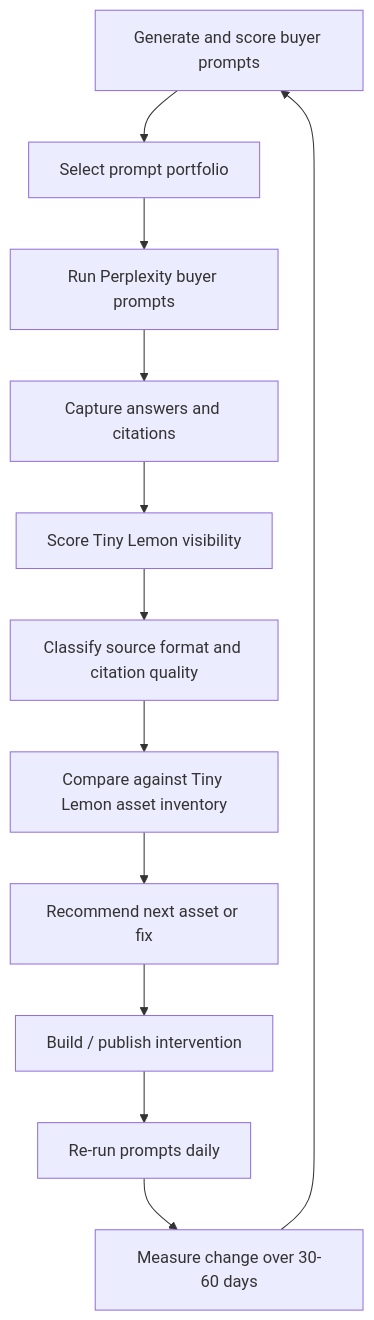
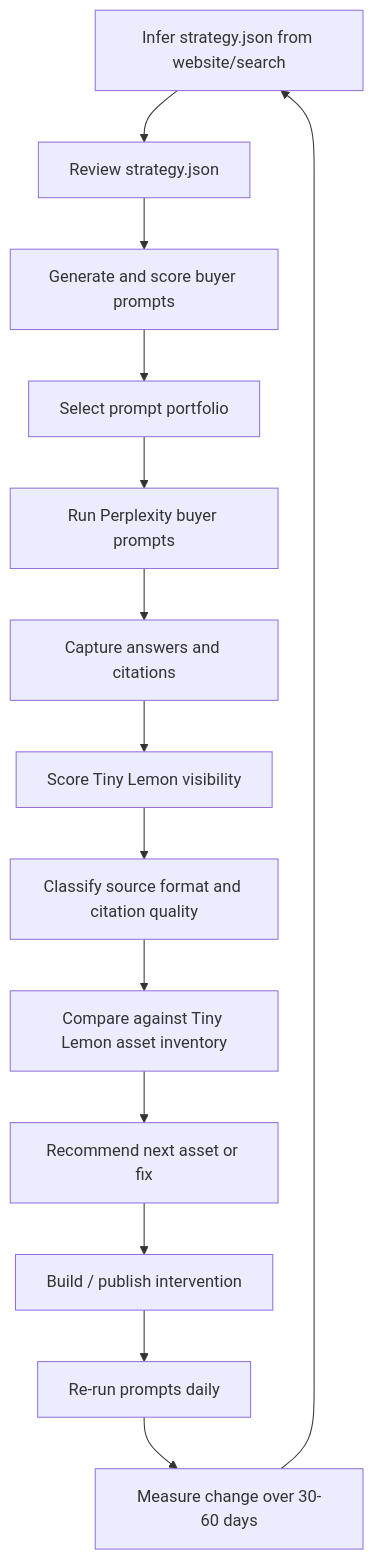
Before and after one commit to Dave-56/contentdesk: the second of 5 diagrams in docs/product/ARCHITECTURE.md, drawn with Mermaid. The commit also changed other lines of this file and 14 other files, not shown here.

Commit message:
Add website-first prompt strategy inference

````diff
--- a/docs/product/ARCHITECTURE.md
+++ b/docs/product/ARCHITECTURE.md
@@ -60,14 +62,16 @@
 ```mermaid
 flowchart TD
-  A["Generate and score buyer prompts"] --> B["Select prompt portfolio"]
-  B --> C["Run Perplexity buyer prompts"]
-  C --> D["Capture answers and citations"]
-  D --> E["Score Tiny Lemon visibility"]
-  E --> F["Classify source format and citation quality"]
-  F --> G["Compare against Tiny Lemon asset inventory"]
-  G --> H["Recommend next asset or fix"]
-  H --> I["Build / publish intervention"]
-  I --> J["Re-run prompts daily"]
-  J --> K["Measure change over 30-60 days"]
-  K --> A
+  A["Infer strategy.json from website/search"] --> B["Review strategy.json"]
+  B --> C["Generate and score buyer prompts"]
+  C --> D["Select prompt portfolio"]
+  D --> E["Run Perplexity buyer prompts"]
+  E --> F["Capture answers and citations"]
+  F --> G["Score Tiny Lemon visibility"]
+  G --> H["Classify source format and citation quality"]
+  H --> I["Compare against Tiny Lemon asset inventory"]
+  I --> J["Recommend next asset or fix"]
+  J --> K["Build / publish intervention"]
+  K --> L["Re-run prompts daily"]
+  L --> M["Measure change over 30-60 days"]
+  M --> A
 ```
````
